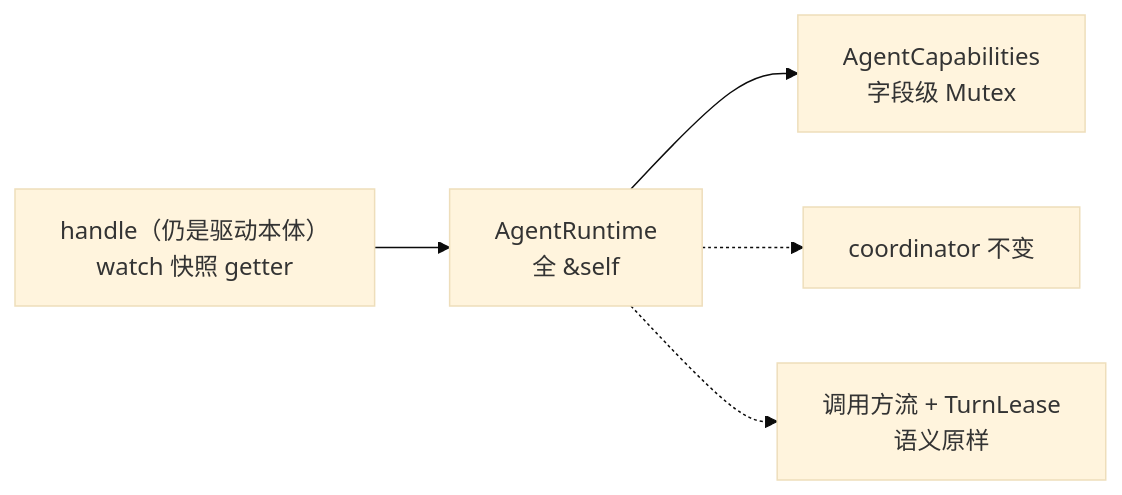
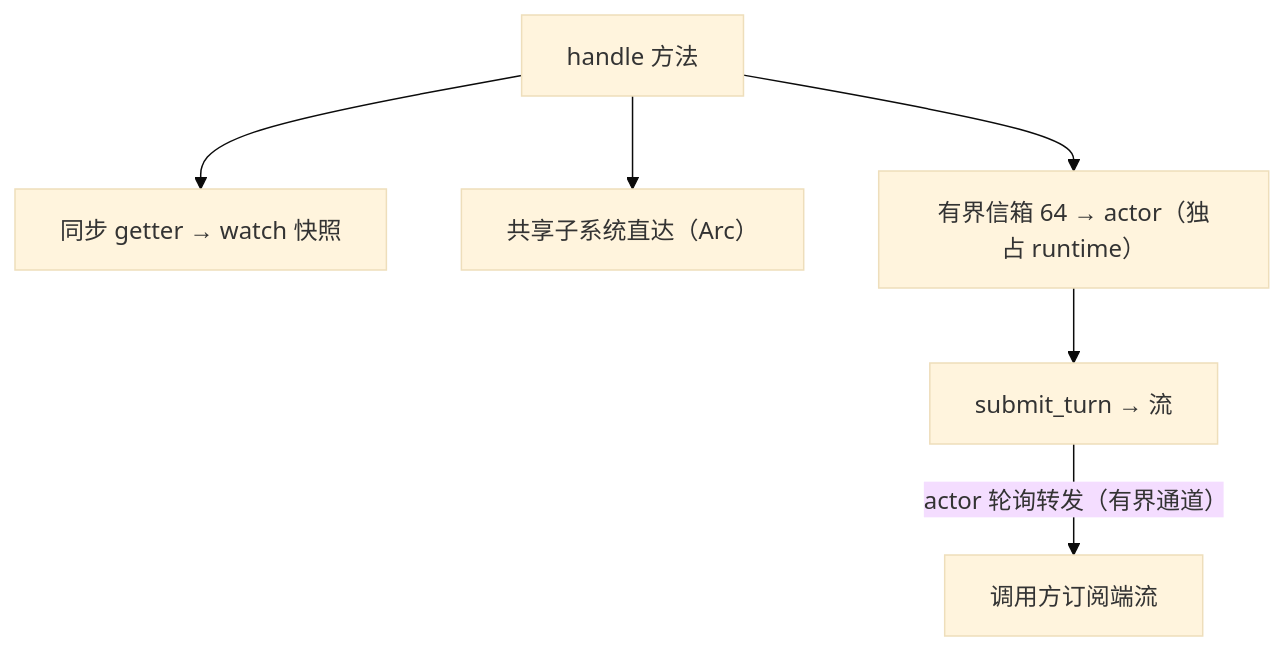
The diagram in llmanspec/changes/c3432-refactor-driver-actor-physicalization/design.md (StrayDragon/xylitol), drawn with Mermaid (base theme) before and after one commit. The commit also changed other lines of this file and 1 other file, not shown here.

````diff
--- a/llmanspec/changes/c3432-refactor-driver-actor-physicalization/design.md
+++ b/llmanspec/changes/c3432-refactor-driver-actor-physicalization/design.md
@@ -36,7 +9,8 @@
 ```mermaid
-flowchart LR
-    H["handle（仍是驱动本体）<br/>watch 快照 getter"] --> RT["AgentRuntime<br/>全 &amp;self"]
-    RT --> CAP["AgentCapabilities<br/>字段级 Mutex"]
-    RT -.-> CO["coordinator 不变"]
-    RT -.-> ST["调用方流 + TurnLease<br/>语义原样"]
+flowchart TD
+    G["handle 方法"] --> SS["同步 getter → watch 快照"]
+    G --> SH["共享子系统直达（Arc）"]
+    G --> MB["有界信箱 64 → actor（独占 runtime）"]
+    MB --> RT["submit_turn → 流"]
+    RT -->|"actor 轮询转发（有界通道）"| RX["调用方订阅端流"]
 ```
````
